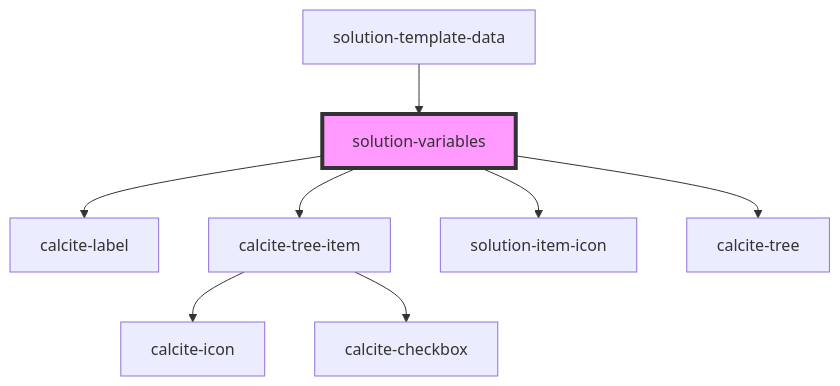
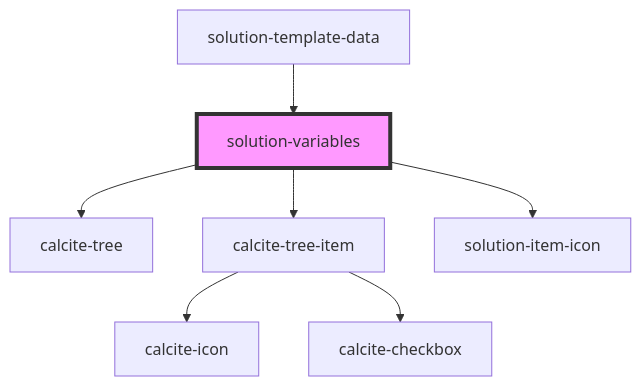
The diagram in src/components/solution-variables/readme.md (Esri/solutions-components), drawn with Mermaid before and after one commit. The commit also changed other lines of this file and 31 other files, not shown here.

````diff
--- a/src/components/solution-variables/readme.md
+++ b/src/components/solution-variables/readme.md
@@ -36,11 +35,10 @@
 ```mermaid
 graph TD;
-  solution-variables --> calcite-label
+  solution-variables --> calcite-tree
   solution-variables --> calcite-tree-item
   solution-variables --> solution-item-icon
-  solution-variables --> calcite-tree
   calcite-tree-item --> calcite-icon
   calcite-tree-item --> calcite-checkbox
   solution-template-data --> solution-variables
   style solution-variables fill:#f9f,stroke:#333,stroke-width:4px
 ```
````
